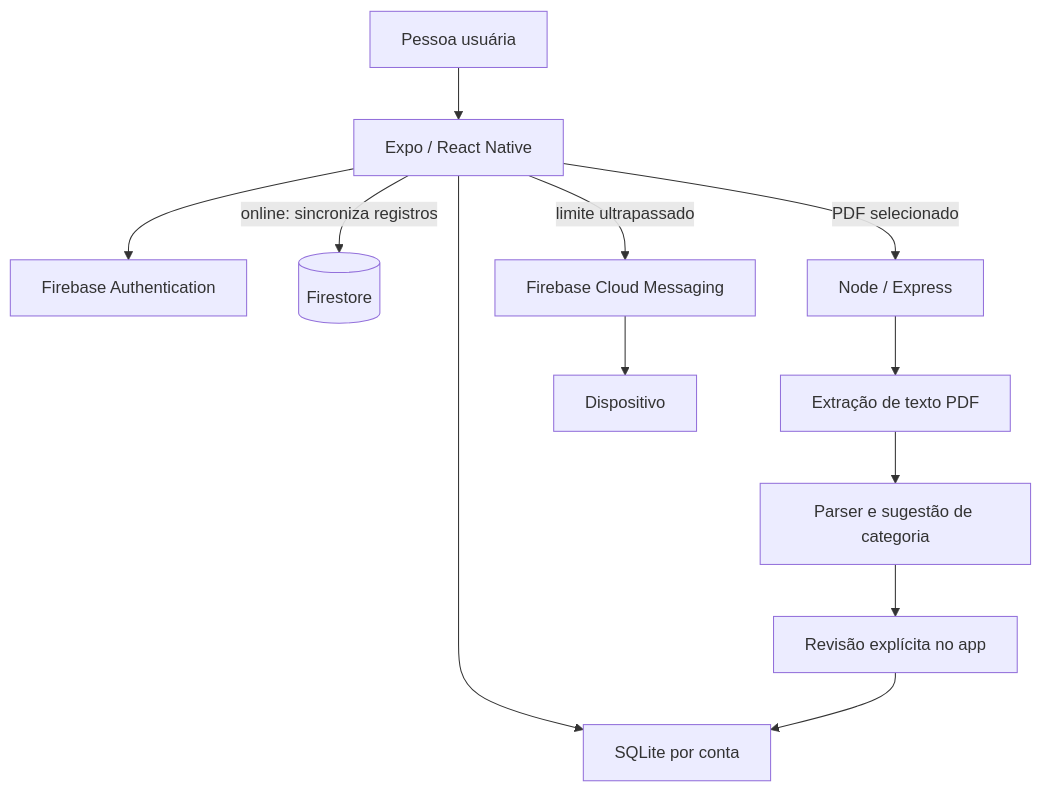
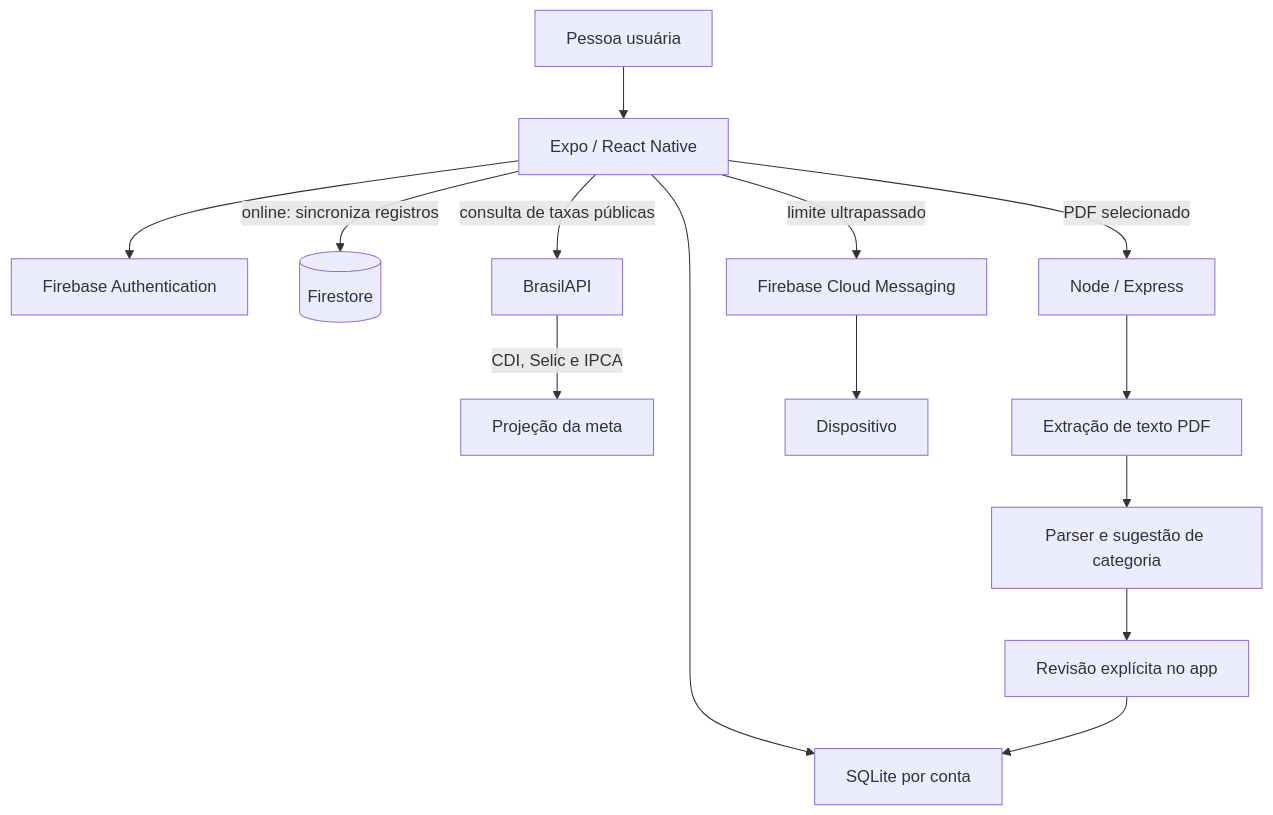
Before and after one commit to beatrizbelemdev-dot/girls-wallet: the diagram in README.md, drawn with Mermaid. The commit also changed other lines of this file and 6 other files, not shown here.

````diff
--- a/README.md
+++ b/README.md
@@ -79,14 +79,16 @@
 ```mermaid
 flowchart TD
   U[Pessoa usuária] --> APP[Expo / React Native]
   APP --> AUTH[Firebase Authentication]
   APP --> LOCAL[SQLite por conta]
   APP -->|online: sincroniza registros| FS[(Firestore)]
+  APP -->|consulta de taxas públicas| RATES[BrasilAPI]
+  RATES -->|CDI, Selic e IPCA| GOAL[Projeção da meta]
   APP -->|PDF selecionado| API[Node / Express]
   API --> PDF[Extração de texto PDF]
   PDF --> PARSER[Parser e sugestão de categoria]
   PARSER --> REVIEW[Revisão explícita no app]
   REVIEW --> LOCAL
   APP -->|limite ultrapassado| FCM[Firebase Cloud Messaging]
   FCM --> DEVICE[Dispositivo]
 ```
````
